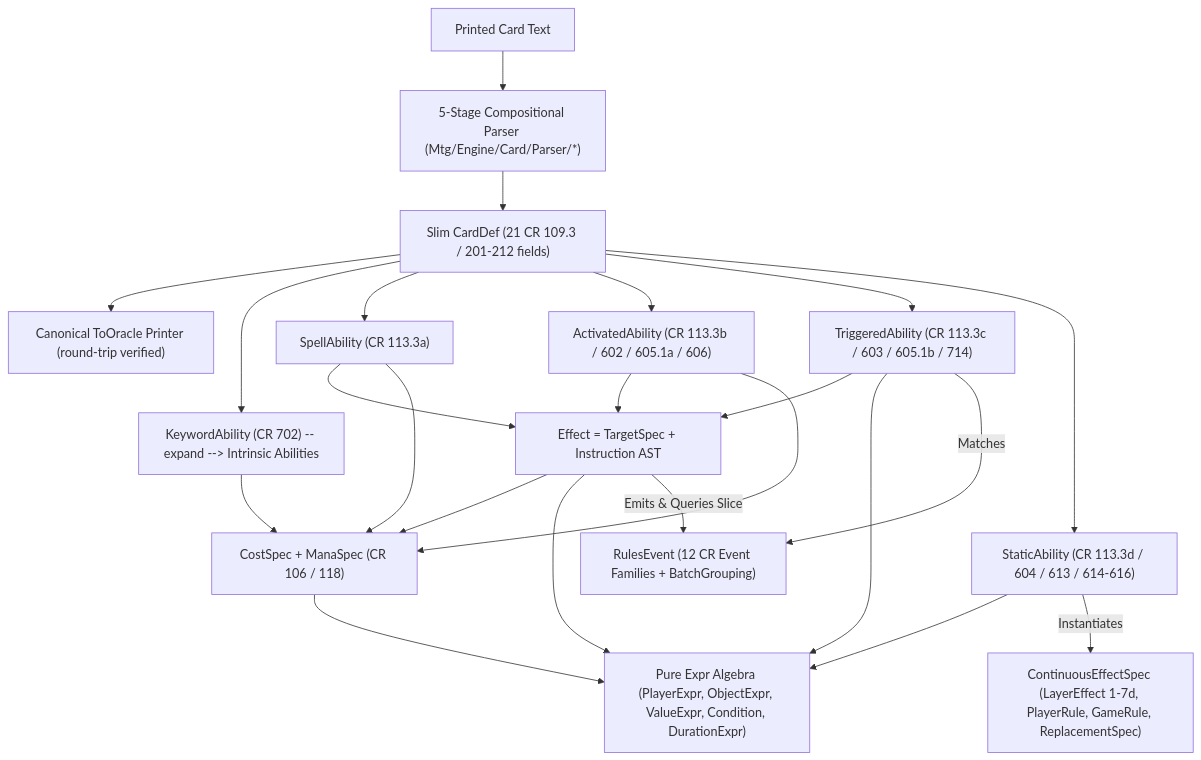
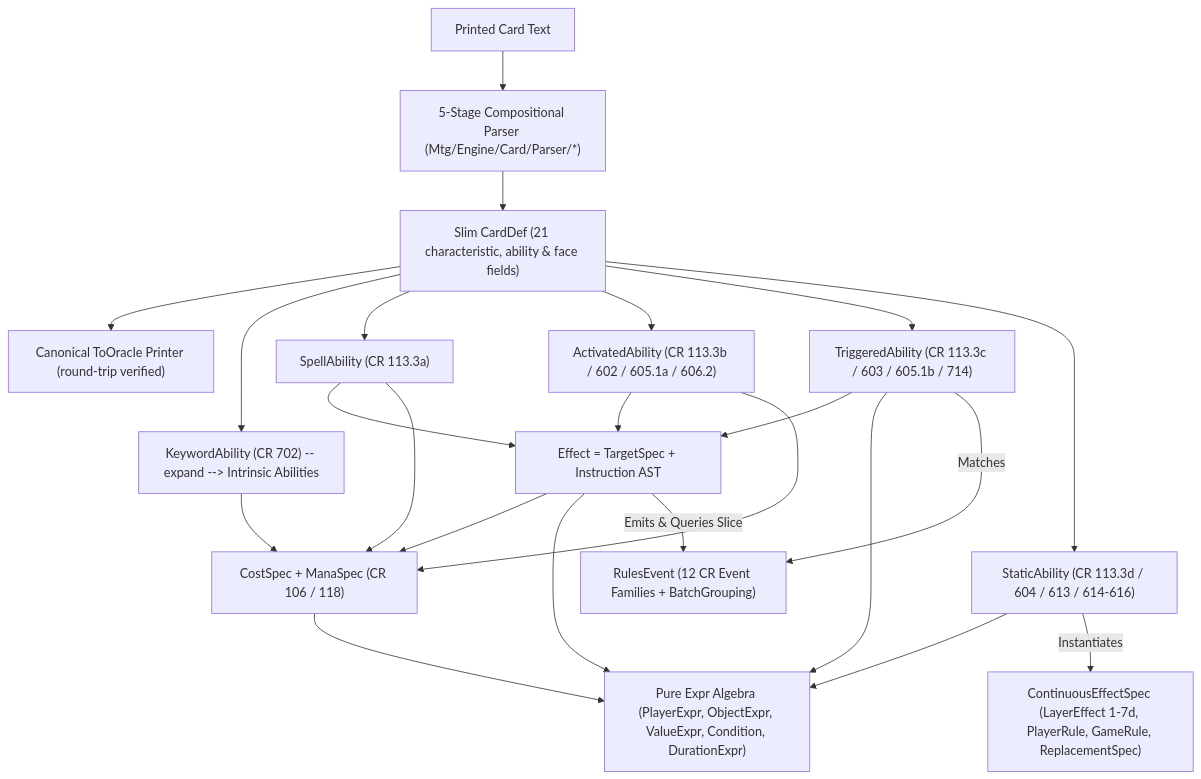
The first of 2 diagrams in ABILITY_ALIGNMENT_PLAN.md (IharBury/mtg), drawn with Mermaid before and after one commit. The commit also changed other lines of this file, not shown here.

````diff
--- a/ABILITY_ALIGNMENT_PLAN.md
+++ b/ABILITY_ALIGNMENT_PLAN.md
@@ -122,17 +122,17 @@
 ```mermaid
 flowchart TD
     Oracle["Printed Card Text"] --> Parser["5-Stage Compositional Parser (Mtg/Engine/Card/Parser/*)"]
-    Parser --> CardDef["Slim CardDef (21 CR 109.3 / 201-212 fields)"]
+    Parser --> CardDef["Slim CardDef (21 characteristic, ability & face fields)"]
     CardDef --> ToOracle["Canonical ToOracle Printer (round-trip verified)"]
     CardDef --> KW["KeywordAbility (CR 702) -- expand --> Intrinsic Abilities"]
     CardDef --> SA["SpellAbility (CR 113.3a)"]
-    CardDef --> AA["ActivatedAbility (CR 113.3b / 602 / 605.1a / 606)"]
+    CardDef --> AA["ActivatedAbility (CR 113.3b / 602 / 605.1a / 606.2)"]
     CardDef --> TA["TriggeredAbility (CR 113.3c / 603 / 605.1b / 714)"]
     CardDef --> StA["StaticAbility (CR 113.3d / 604 / 613 / 614-616)"]
     SA & AA & TA --> Eff["Effect = TargetSpec + Instruction AST"]
     AA & KW & SA & Eff --> Cost["CostSpec + ManaSpec (CR 106 / 118)"]
     Eff & TA & StA & Cost --> Expr["Pure Expr Algebra (PlayerExpr, ObjectExpr, ValueExpr, Condition, DurationExpr)"]
     StA -->|Instantiates| CES["ContinuousEffectSpec (LayerEffect 1-7d, PlayerRule, GameRule, ReplacementSpec)"]
     TA -->|Matches| RE["RulesEvent (12 CR Event Families + BatchGrouping)"]
     Eff -->|Emits & Queries Slice| RE
 ```
````
